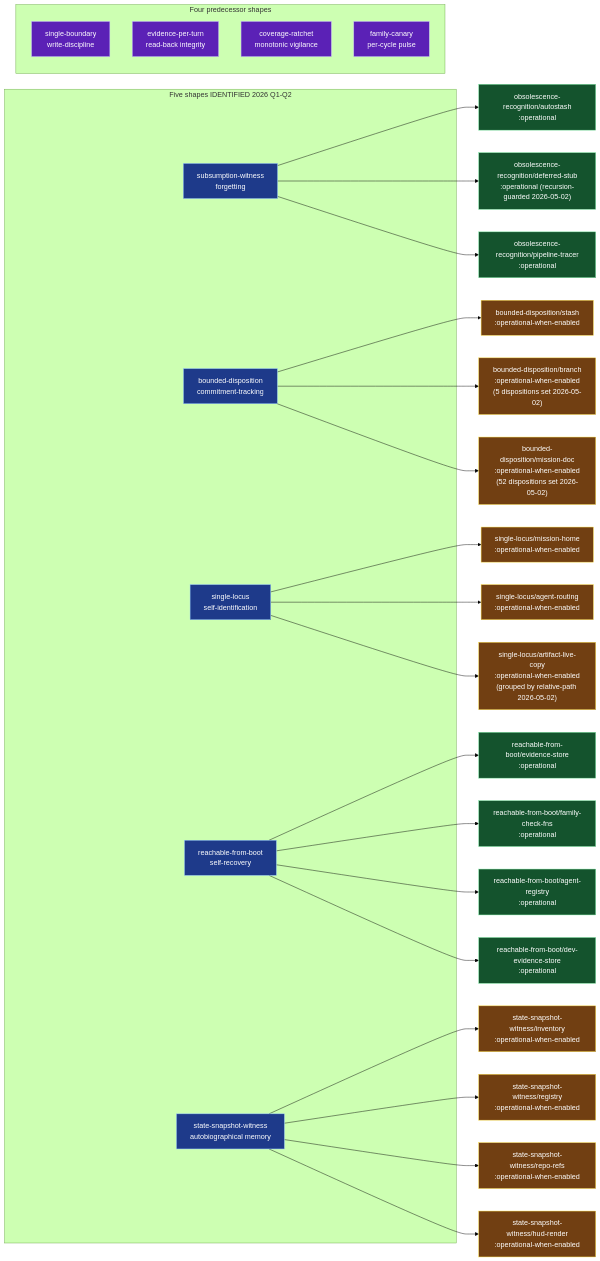
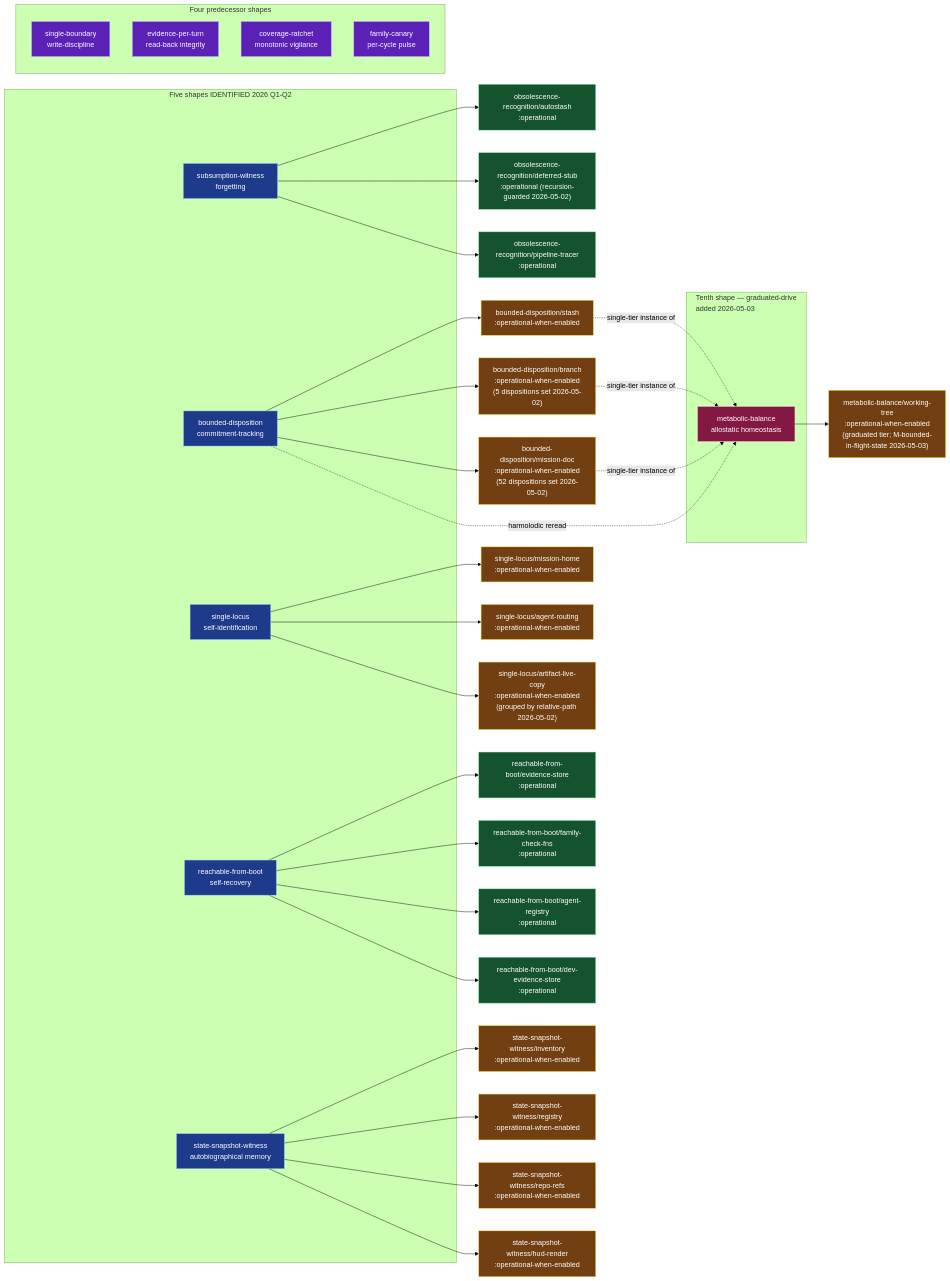
One commit to tothedarktowercame/futon0 changed the second of 3 diagrams in holes/missions/M-the-futon-stack.md. Above: the diagram before and after it, drawn with Mermaid (forest theme). The commit also changed other lines of this file, not shown here.

First paragraph of the commit message:
M-the-futon-stack §What invariantly exists today + View 2: 10th shape (metabolic-balance)
Adds the tenth cognitive-faculty shape `metabolic-balance` (faculty:
allostatic homeostasis) per ARGUE-1 of M-bounded-in-flight-state.

````diff
--- a/holes/missions/M-the-futon-stack.md
+++ b/holes/missions/M-the-futon-stack.md
@@ -211,43 +221,53 @@
 ```mermaid
 flowchart LR
     subgraph S1[Five shapes IDENTIFIED 2026 Q1-Q2]
         Sub[subsumption-witness<br/>forgetting]
         BD[bounded-disposition<br/>commitment-tracking]
         SL[single-locus<br/>self-identification]
         RB[reachable-from-boot<br/>self-recovery]
         SSW[state-snapshot-witness<br/>autobiographical memory]
     end
     subgraph S2[Four predecessor shapes]
         SBoun[single-boundary<br/>write-discipline]
         EPT[evidence-per-turn<br/>read-back integrity]
         CR[coverage-ratchet<br/>monotonic vigilance]
         FC[family-canary<br/>per-cycle pulse]
+    end
+    subgraph S3[Tenth shape — graduated-drive<br/>added 2026-05-03]
+        MB[metabolic-balance<br/>allostatic homeostasis]
     end
 
     Sub --> Sub_a["obsolescence-recognition/autostash<br/>:operational"]
     Sub --> Sub_b["obsolescence-recognition/deferred-stub<br/>:operational (recursion-guarded 2026-05-02)"]
     Sub --> Sub_c["obsolescence-recognition/pipeline-tracer<br/>:operational"]
     BD --> BD_a["bounded-disposition/stash<br/>:operational-when-enabled"]
     BD --> BD_b["bounded-disposition/branch<br/>:operational-when-enabled<br/>(5 dispositions set 2026-05-02)"]
     BD --> BD_c["bounded-disposition/mission-doc<br/>:operational-when-enabled<br/>(52 dispositions set 2026-05-02)"]
     SL --> SL_a["single-locus/mission-home<br/>:operational-when-enabled"]
     SL --> SL_b["single-locus/agent-routing<br/>:operational-when-enabled"]
     SL --> SL_c["single-locus/artifact-live-copy<br/>:operational-when-enabled<br/>(grouped by relative-path 2026-05-02)"]
     RB --> RB_a["reachable-from-boot/evidence-store<br/>:operational"]
     RB --> RB_b["reachable-from-boot/family-check-fns<br/>:operational"]
     RB --> RB_c["reachable-from-boot/agent-registry<br/>:operational"]
     RB --> RB_d["reachable-from-boot/dev-evidence-store<br/>:operational"]
     SSW --> SSW_a["state-snapshot-witness/inventory<br/>:operational-when-enabled"]
     SSW --> SSW_b["state-snapshot-witness/registry<br/>:operational-when-enabled"]
     SSW --> SSW_c["state-snapshot-witness/repo-refs<br/>:operational-when-enabled"]
     SSW --> SSW_d["state-snapshot-witness/hud-render<br/>:operational-when-enabled"]
+    MB --> MB_a["metabolic-balance/working-tree<br/>:operational-when-enabled<br/>(graduated tier; M-bounded-in-flight-state 2026-05-03)"]
+    BD -.harmolodic reread.-> MB
+    BD_a -.single-tier instance of.-> MB
+    BD_b -.single-tier instance of.-> MB
+    BD_c -.single-tier instance of.-> MB
 
     classDef shapeNew fill:#1e3a8a,stroke:#93c5fd,color:#fff
     classDef shapeOld fill:#5b21b6,stroke:#c4b5fd,color:#fff
+    classDef shapeTenth fill:#831843,stroke:#fbcfe8,color:#fff
     classDef opStrict fill:#14532d,stroke:#86efac,color:#fff
     classDef opEnabled fill:#713f12,stroke:#fde047,color:#fff
     class Sub,BD,SL,RB,SSW shapeNew
     class SBoun,EPT,CR,FC shapeOld
+    class MB shapeTenth
     class Sub_a,Sub_b,Sub_c,RB_a,RB_b,RB_c,RB_d opStrict
-    class BD_a,BD_b,BD_c,SL_a,SL_b,SL_c,SSW_a,SSW_b,SSW_c,SSW_d opEnabled
+    class BD_a,BD_b,BD_c,SL_a,SL_b,SL_c,SSW_a,SSW_b,SSW_c,SSW_d,MB_a opEnabled
 ```
````
